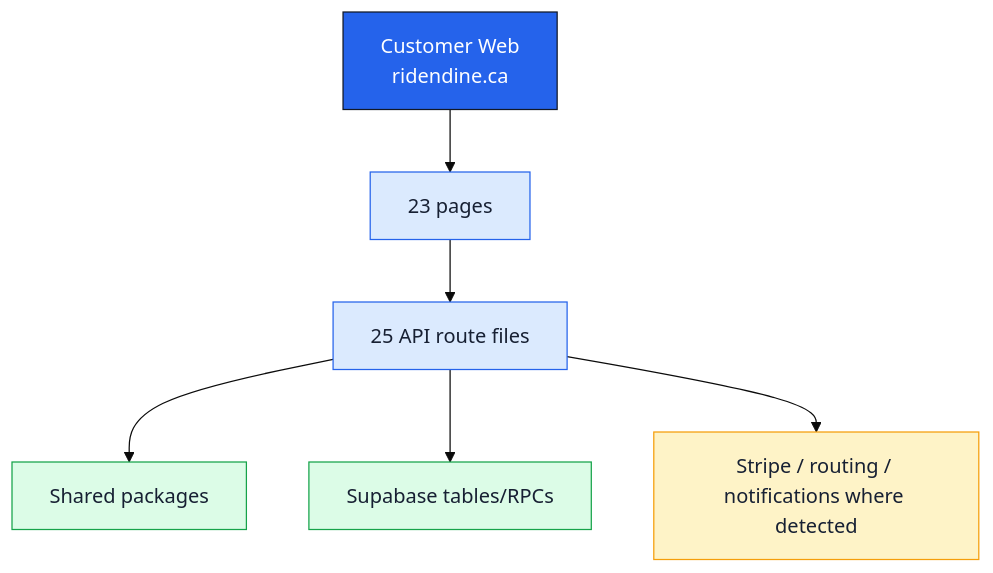
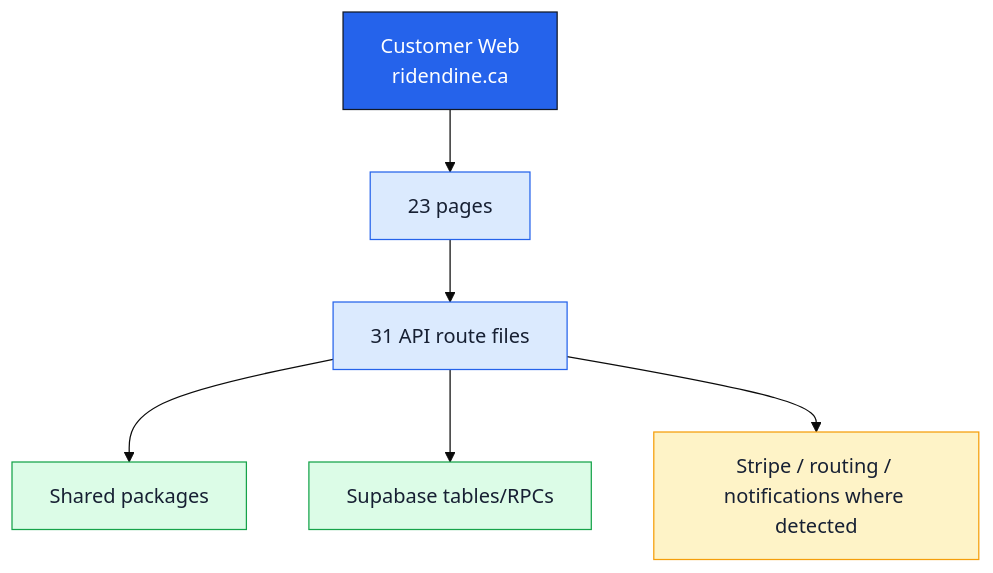
Before and after one commit to Ritenoob/ridendine-marketplace: the diagram in docs/architecture/codebase-map/apps/web.md, drawn with Mermaid (base theme). The commit also changed other lines of this file and 50 other files, not shown here.

````diff
--- a/docs/architecture/codebase-map/apps/web.md
+++ b/docs/architecture/codebase-map/apps/web.md
@@ -20,18 +20,18 @@
 ```mermaid
 flowchart TB
   classDef app fill:#2563eb,stroke:#111827,color:#ffffff
   classDef api fill:#dbeafe,stroke:#2563eb,color:#172033
   classDef data fill:#dcfce7,stroke:#16a34a,color:#172033
   classDef warn fill:#fef3c7,stroke:#f59e0b,color:#172033
   App["Customer Web<br/>ridendine.ca"]:::app
   Pages["23 pages"]:::api
-  APIs["25 API route files"]:::api
+  APIs["31 API route files"]:::api
   Shared["Shared packages"]:::data
   DB["Supabase tables/RPCs"]:::data
   External["Stripe / routing / notifications where detected"]:::warn
   App --> Pages
   Pages --> APIs
   APIs --> Shared
   APIs --> DB
   APIs --> External
 ```
````
